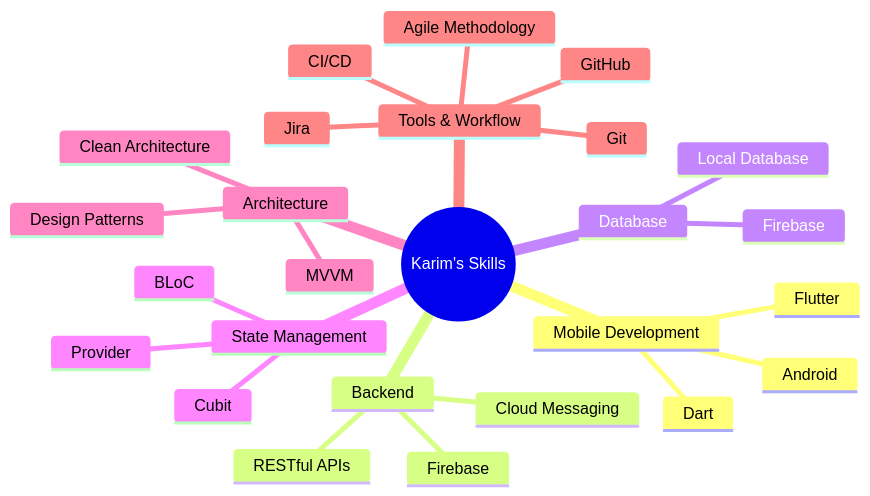
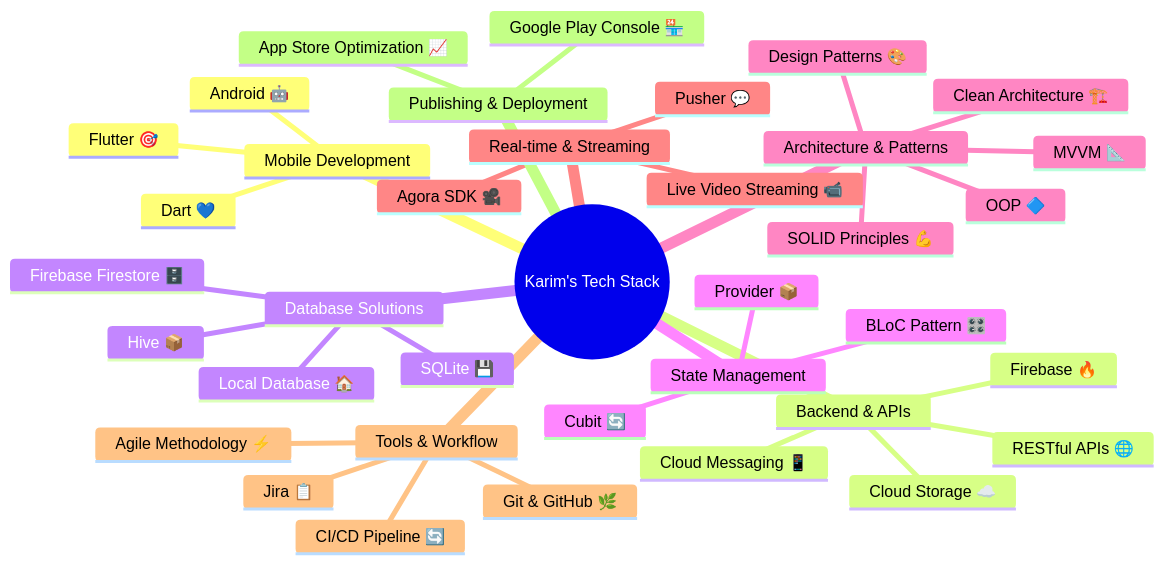
The first of 2 diagrams in README.md (karimelsayed24/karimelsayed24), drawn with Mermaid before and after one commit. The commit also changed other lines of this file, not shown here.

````diff
--- a/README.md
+++ b/README.md
@@ -64,29 +98,40 @@
   ```mermaid
   mindmap
-    root((Karim's Skills))
+    root((Karim's Tech Stack))
       Mobile Development
-        Flutter
-        Dart
-        Android
-      Backend
-        Firebase
-        RESTful APIs
-        Cloud Messaging
-      Database
-        Firebase
-        Local Database
+        Flutter 🎯
+        Dart 💙
+        Android 🤖
+      Backend & APIs
+        Firebase 🔥
+        RESTful APIs 🌐
+        Cloud Messaging 📱
+        Cloud Storage ☁️
+      Database Solutions
+        Firebase Firestore 🗄️
+        SQLite 💾
+        Hive 📦
+        Local Database 🏠
       State Management
-        BLoC
-        Cubit
-        Provider
-      Architecture
-        Clean Architecture
-        MVVM
-        Design Patterns
+        BLoC Pattern 🎛️
+        Cubit 🔄
+        Provider 📦
+      Architecture & Patterns
+        Clean Architecture 🏗️
+        MVVM 📐
+        SOLID Principles 💪
+        Design Patterns 🎨
+        OOP 🔷
+      Real-time & Streaming
+        Agora SDK 🎥
+        Pusher 💬
+        Live Video Streaming 📹
       Tools & Workflow
-        Git
-        GitHub
-        Jira
-        Agile Methodology
-        CI/CD
+        Git & GitHub 🌿
+        Jira 📋
+        Agile Methodology ⚡
+        CI/CD Pipeline 🔄
+      Publishing & Deployment
+        Google Play Console 🏪
+        App Store Optimization 📈
   ```
````
